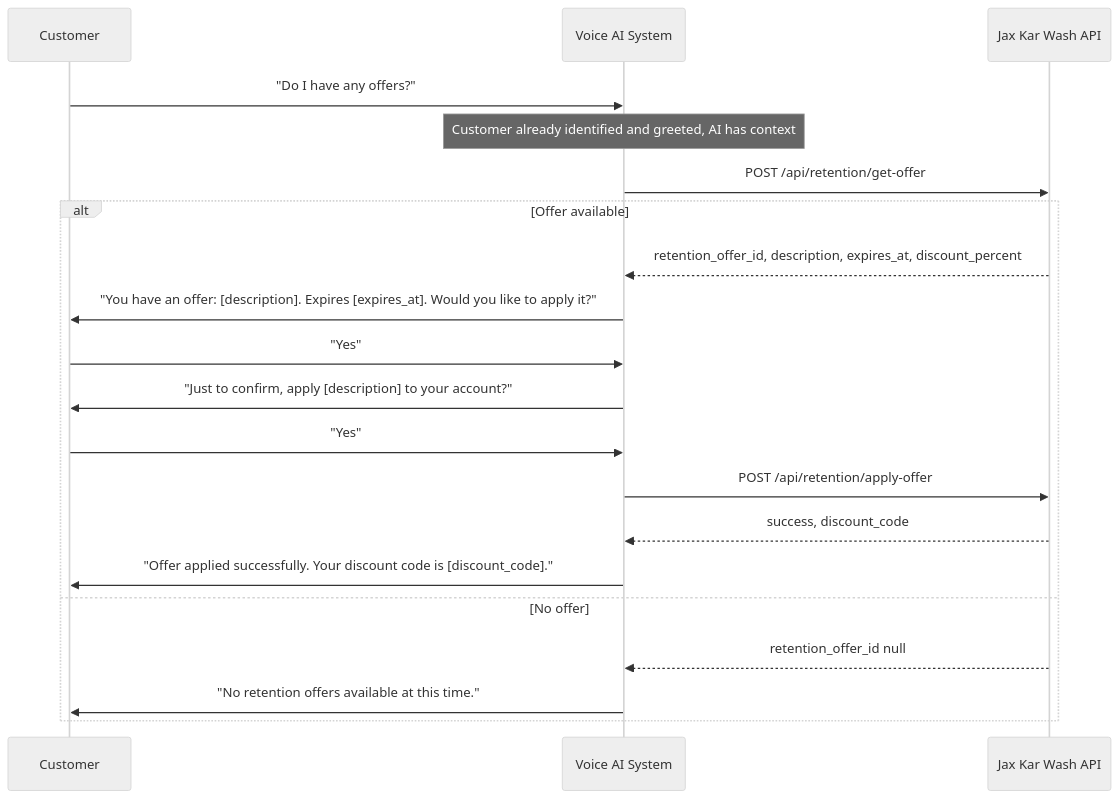
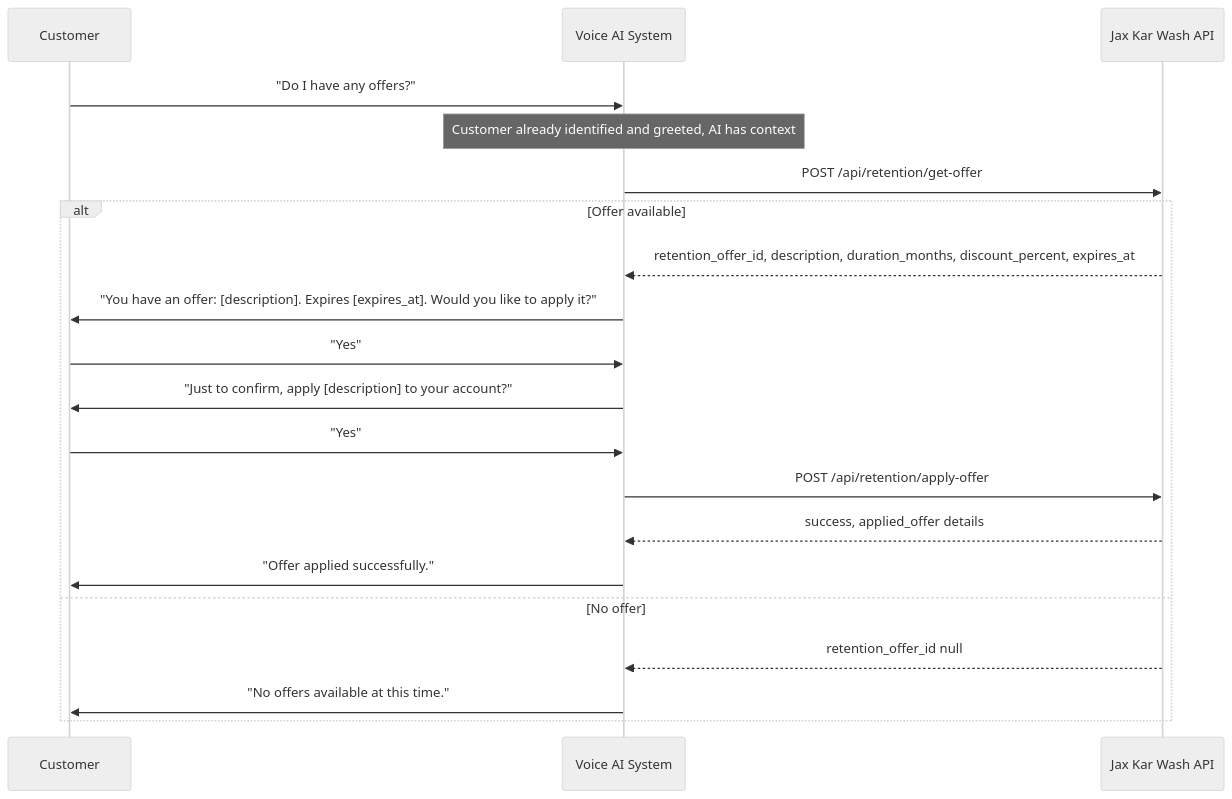
Before and after one commit to HelloWash/Public: the ninth of 12 diagrams in Jax-Kar-Wash-API-Integration–Discussion-Document.md, drawn with Mermaid (neutral theme). The commit also changed other lines of this file, not shown here.

First line of the commit message:
Update Jax-Kar-Wash-API-Integration–Discussion-Document.md

````diff
--- a/Jax-Kar-Wash-API-Integration–Discussion-Document.md
+++ b/Jax-Kar-Wash-API-Integration–Discussion-Document.md
@@ -776,23 +348,23 @@
 ```mermaid
 sequenceDiagram
     participant Customer
     participant System as Voice AI System
     participant API as Jax Kar Wash API
 
     Customer->>System: "Do I have any offers?"
     Note over System: Customer already identified and greeted, AI has context
     System->>API: POST /api/retention/get-offer
     alt Offer available
-        API-->>System: retention_offer_id, description, expires_at, discount_percent
+        API-->>System: retention_offer_id, description, duration_months, discount_percent, expires_at
         System->>Customer: "You have an offer: [description]. Expires [expires_at]. Would you like to apply it?"
         Customer->>System: "Yes"
         System->>Customer: "Just to confirm, apply [description] to your account?"
         Customer->>System: "Yes"
         System->>API: POST /api/retention/apply-offer
-        API-->>System: success, discount_code
-        System->>Customer: "Offer applied successfully. Your discount code is [discount_code]."
+        API-->>System: success, applied_offer details
+        System->>Customer: "Offer applied successfully."
     else No offer
         API-->>System: retention_offer_id null
-        System->>Customer: "No retention offers available at this time."
+        System->>Customer: "No offers available at this time."
     end
 ```
````
